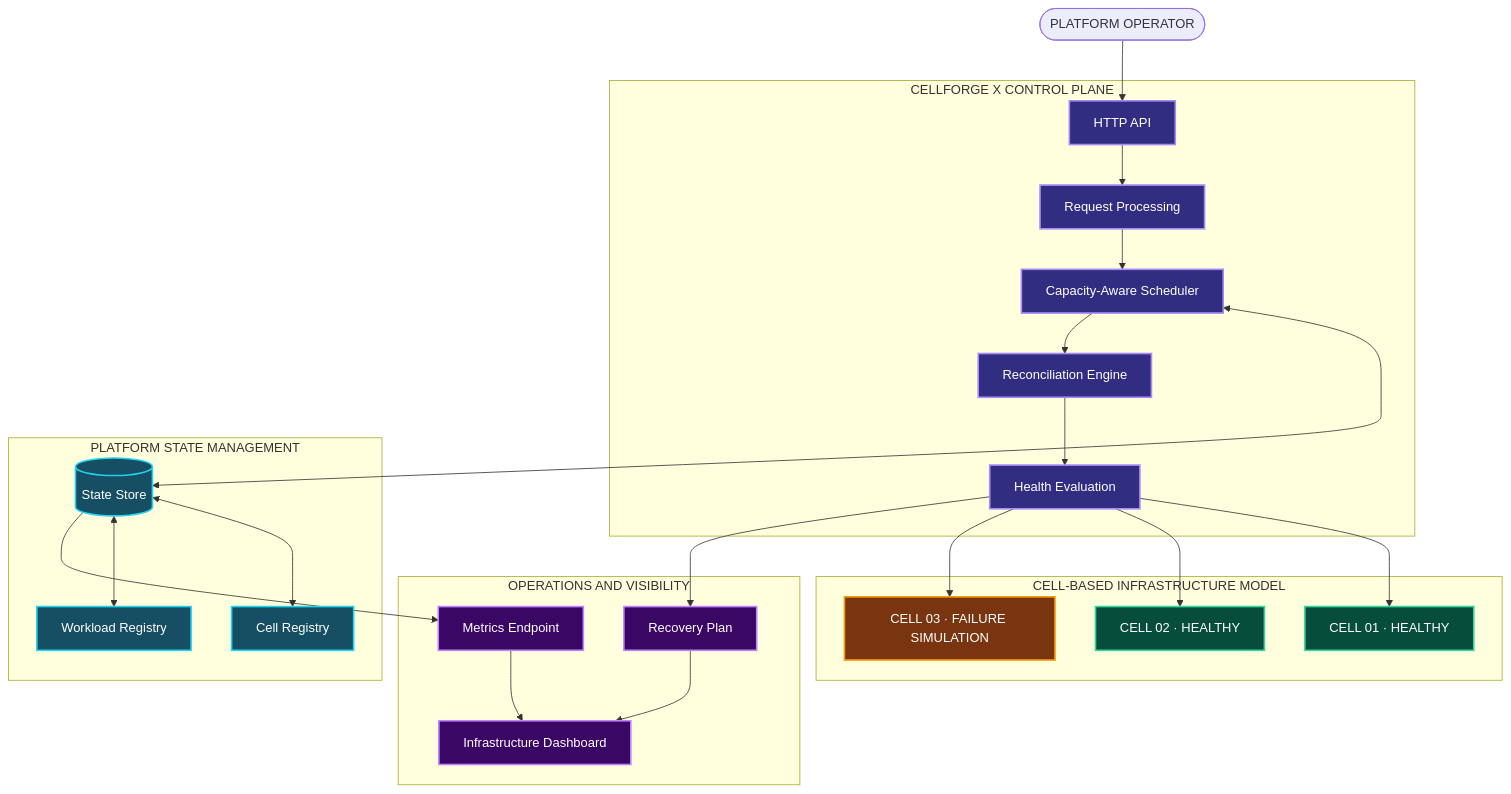
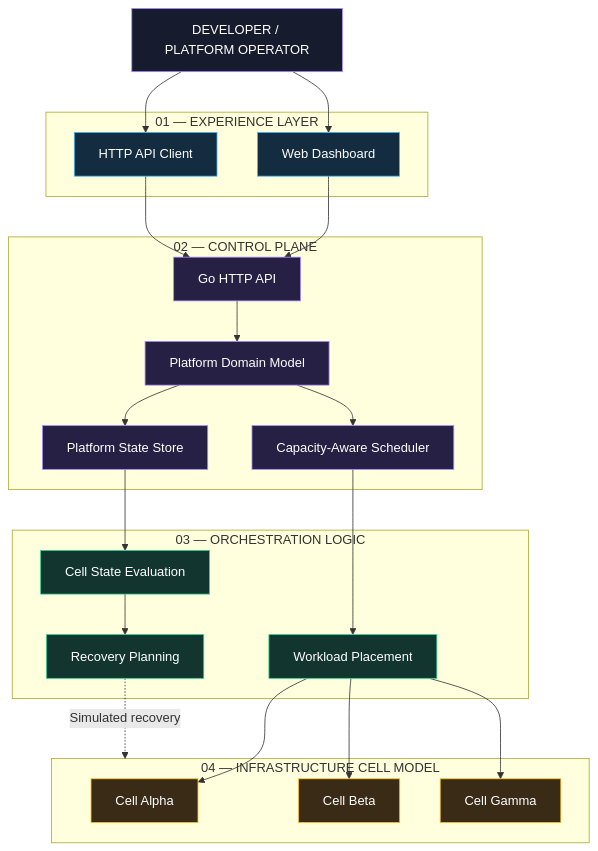
Before and after one commit to akankshad1712/cellforge-x-multi-cluster-platform: the first of 2 diagrams in README.md, drawn with Mermaid. The commit also changed other lines of this file, not shown here.

````diff
--- a/README.md
+++ b/README.md
@@ -49,58 +50,55 @@
 ```mermaid
 flowchart TB
-    USER(["PLATFORM OPERATOR"])
+    U["DEVELOPER / PLATFORM OPERATOR"]
 
-    subgraph CONTROL["CELLFORGE X CONTROL PLANE"]
-        API["HTTP API"]
-        VALIDATOR["Request Processing"]
-        SCHEDULER["Capacity-Aware Scheduler"]
-        RECON["Reconciliation Engine"]
-        HEALTH["Health Evaluation"]
+    subgraph EXPERIENCE["01 — EXPERIENCE LAYER"]
+        UI["Web Dashboard"]
+        CLI["HTTP API Client"]
     end
 
-    subgraph STATE["PLATFORM STATE MANAGEMENT"]
-        STORE[("State Store")]
-        CELLREG["Cell Registry"]
-        WORKREG["Workload Registry"]
+    subgraph CONTROL["02 — CONTROL PLANE"]
+        API["Go HTTP API"]
+        MODEL["Platform Domain Model"]
+        SCHED["Capacity-Aware Scheduler"]
+        STORE["Platform State Store"]
     end
 
-    subgraph INFRA["CELL-BASED INFRASTRUCTURE MODEL"]
-        C1["CELL 01 · HEALTHY"]
-        C2["CELL 02 · HEALTHY"]
-        C3["CELL 03 · FAILURE SIMULATION"]
+    subgraph ORCHESTRATION["03 — ORCHESTRATION LOGIC"]
+        PLACE["Workload Placement"]
+        HEALTH["Cell State Evaluation"]
+        RECOVERY["Recovery Planning"]
     end
 
-    subgraph OPS["OPERATIONS AND VISIBILITY"]
-        METRICS["Metrics Endpoint"]
-        DASH["Infrastructure Dashboard"]
-        RECOVERY["Recovery Plan"]
+    subgraph CELLS["04 — INFRASTRUCTURE CELL MODEL"]
+        C1["Cell Alpha"]
+        C2["Cell Beta"]
+        C3["Cell Gamma"]
     end
 
-    USER --> API
-    API --> VALIDATOR
-    VALIDATOR --> SCHEDULER
-    SCHEDULER <--> STORE
-    STORE <--> CELLREG
-    STORE <--> WORKREG
-    SCHEDULER --> RECON
-    RECON --> HEALTH
-    HEALTH --> C1
-    HEALTH --> C2
-    HEALTH --> C3
+    U --> UI
+    U --> CLI
+    UI --> API
+    CLI --> API
+    API --> MODEL
+    MODEL --> SCHED
+    MODEL --> STORE
+    SCHED --> PLACE
+    STORE --> HEALTH
     HEALTH --> RECOVERY
-    STORE --> METRICS
-    METRICS --> DASH
-    RECOVERY --> DASH
+    PLACE --> C1
+    PLACE --> C2
+    PLACE --> C3
+    RECOVERY -. "Simulated recovery" .-> CELLS
 
-    classDef control fill:#312E81,stroke:#A78BFA,color:#FFFFFF,stroke-width:2px
-    classDef state fill:#164E63,stroke:#22D3EE,color:#FFFFFF,stroke-width:2px
-    classDef healthy fill:#064E3B,stroke:#34D399,color:#FFFFFF,stroke-width:2px
-    classDef failure fill:#78350F,stroke:#F59E0B,color:#FFFFFF,stroke-width:2px
-    classDef operations fill:#3B0764,stroke:#C084FC,color:#FFFFFF,stroke-width:2px
+    classDef user fill:#171B2E,stroke:#A78BFA,color:#FFFFFF
+    classDef experience fill:#132C40,stroke:#38BDF8,color:#FFFFFF
+    classDef control fill:#252044,stroke:#A78BFA,color:#FFFFFF
+    classDef logic fill:#12352F,stroke:#34D399,color:#FFFFFF
+    classDef cells fill:#3A2B17,stroke:#FBBF24,color:#FFFFFF
 
-    class API,VALIDATOR,SCHEDULER,RECON,HEALTH control
-    class STORE,CELLREG,WORKREG state
-    class C1,C2 healthy
-    class C3 failure
-    class METRICS,DASH,RECOVERY operations
+    class U user
+    class UI,CLI experience
+    class API,MODEL,SCHED,STORE control
+    class PLACE,HEALTH,RECOVERY logic
+    class C1,C2,C3 cells
 ```
````
